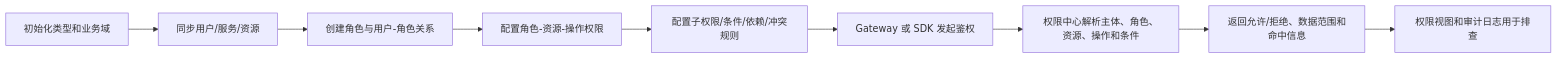
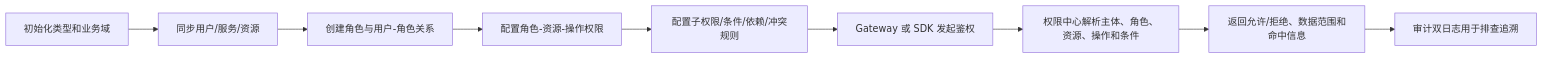
One commit to fage-org/Access-Mesh changed the diagram in docs/design/permission-center/core-flows.md. Above: the diagram before and after it, drawn with Mermaid. The commit also changed other lines of this file and 100 other files, not shown here.

````diff
--- a/docs/design/permission-center/core-flows.md
+++ b/docs/design/permission-center/core-flows.md
@@ -30,11 +30,11 @@
 ```mermaid
 flowchart LR
     A["初始化类型和业务域"] --> B["同步用户/服务/资源"]
     B --> C["创建角色与用户-角色关系"]
     C --> D["配置角色-资源-操作权限"]
     D --> E["配置子权限/条件/依赖/冲突规则"]
     E --> F["Gateway 或 SDK 发起鉴权"]
     F --> G["权限中心解析主体、角色、资源、操作和条件"]
     G --> H["返回允许/拒绝、数据范围和命中信息"]
-    H --> I["权限视图和审计日志用于排查"]
+    H --> I["审计双日志用于排查追溯"]
 ```
````
